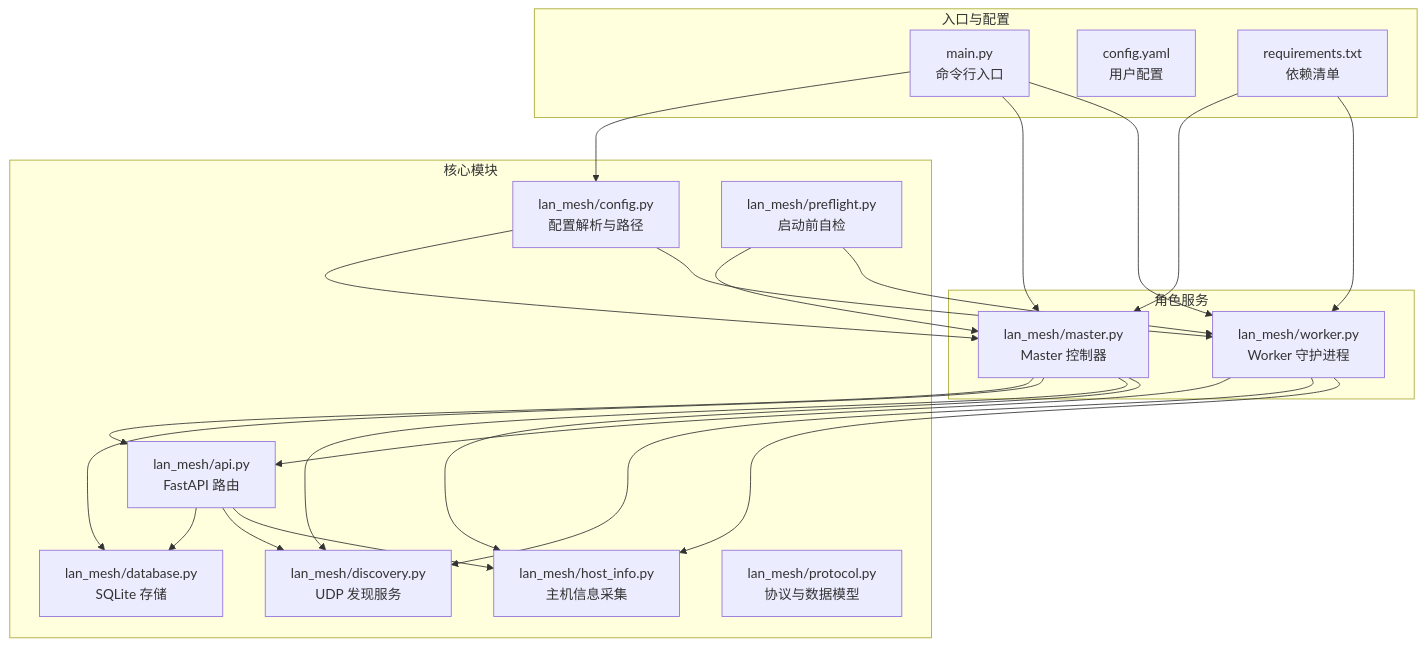
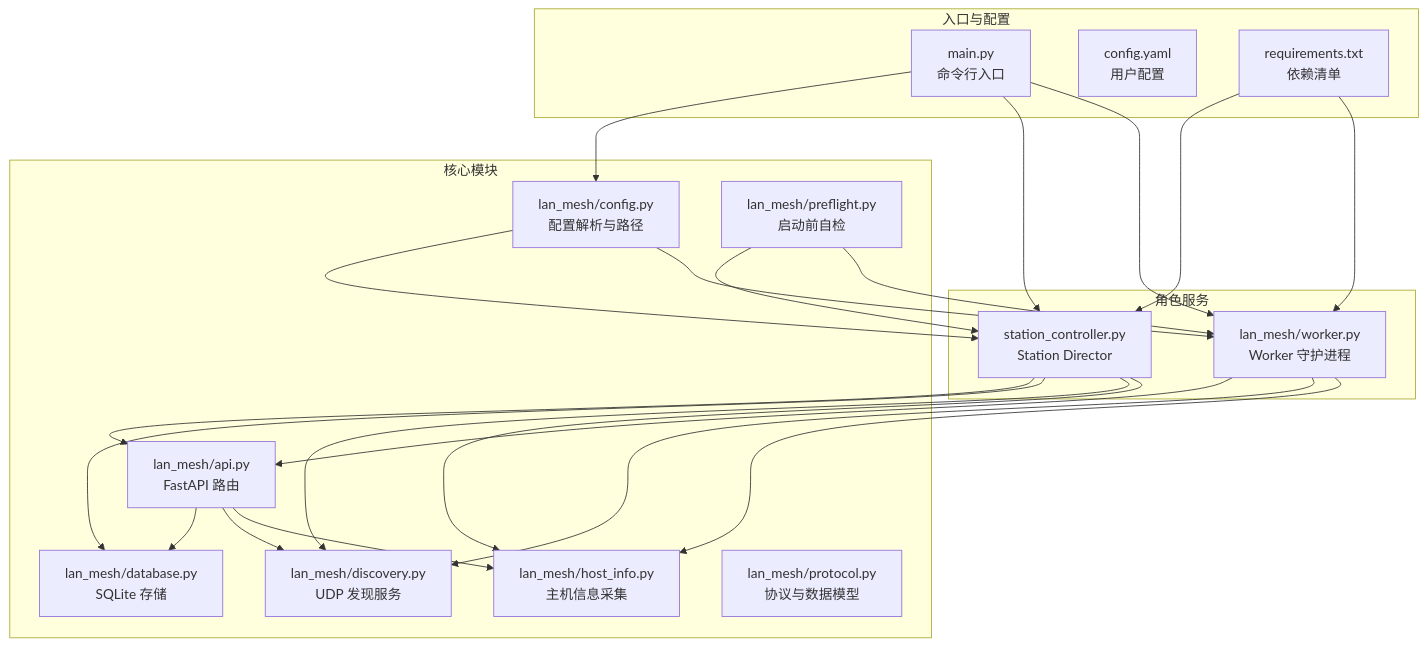
Before and after one commit to targalian/Personal-distributed-workstation: the first of 3 diagrams in .qoder/repowiki/zh/content/部署指南/监控与维护.md, drawn with Mermaid. The commit also changed other lines of this file and 63 other files, not shown here.

Commit message:
docs(station): 同步 repo wiki 至 station_controller/station_api 架构

````diff
--- a/.qoder/repowiki/zh/content/部署指南/监控与维护.md
+++ b/.qoder/repowiki/zh/content/部署指南/监控与维护.md
@@ -43,40 +43,40 @@
 ```mermaid
 graph TB
 subgraph "入口与配置"
 M["main.py<br/>命令行入口"]
 CFG["config.yaml<br/>用户配置"]
 REQ["requirements.txt<br/>依赖清单"]
 end
 subgraph "核心模块"
 CONF["lan_mesh/config.py<br/>配置解析与路径"]
 PREF["lan_mesh/preflight.py<br/>启动前自检"]
 HOST["lan_mesh/host_info.py<br/>主机信息采集"]
 DISC["lan_mesh/discovery.py<br/>UDP 发现服务"]
 DB["lan_mesh/database.py<br/>SQLite 存储"]
 API["lan_mesh/api.py<br/>FastAPI 路由"]
 PROT["lan_mesh/protocol.py<br/>协议与数据模型"]
 end
 subgraph "角色服务"
-MASTER["lan_mesh/master.py<br/>Master 控制器"]
+MASTER["station_controller.py<br/>Station Director"]
 WORKER["lan_mesh/worker.py<br/>Worker 守护进程"]
 end
 M --> CONF
 M --> MASTER
 M --> WORKER
 MASTER --> API
 WORKER --> API
 MASTER --> DB
 MASTER --> DISC
 WORKER --> DISC
 MASTER --> HOST
 WORKER --> HOST
 API --> DB
 API --> DISC
 API --> HOST
 CONF --> MASTER
 CONF --> WORKER
 PREF --> MASTER
 PREF --> WORKER
 REQ --> MASTER
 REQ --> WORKER
 ```
````
